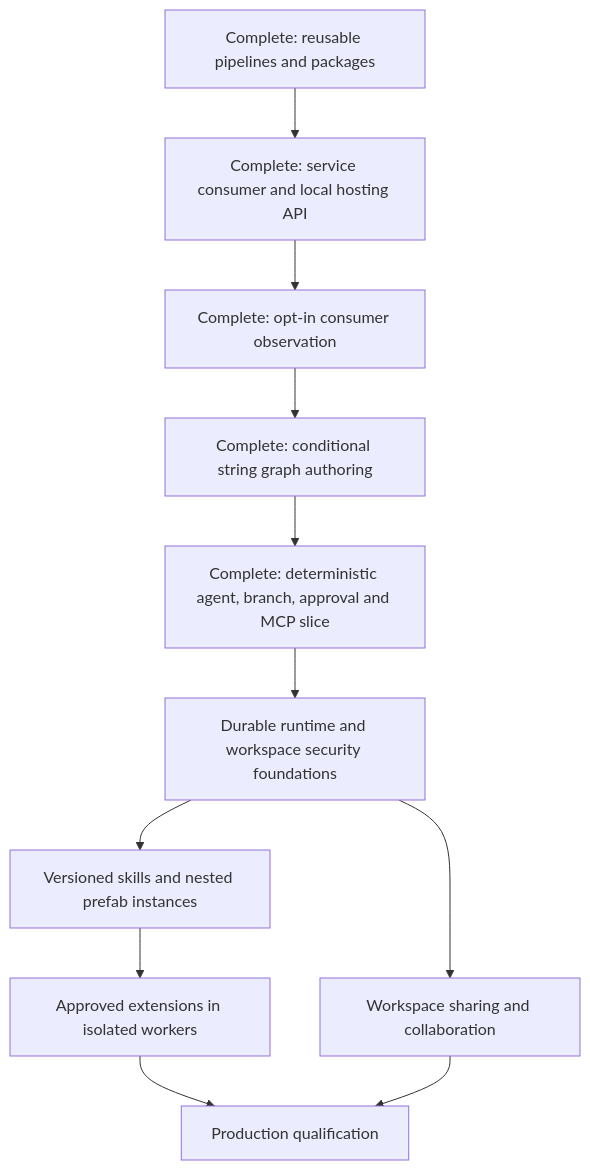
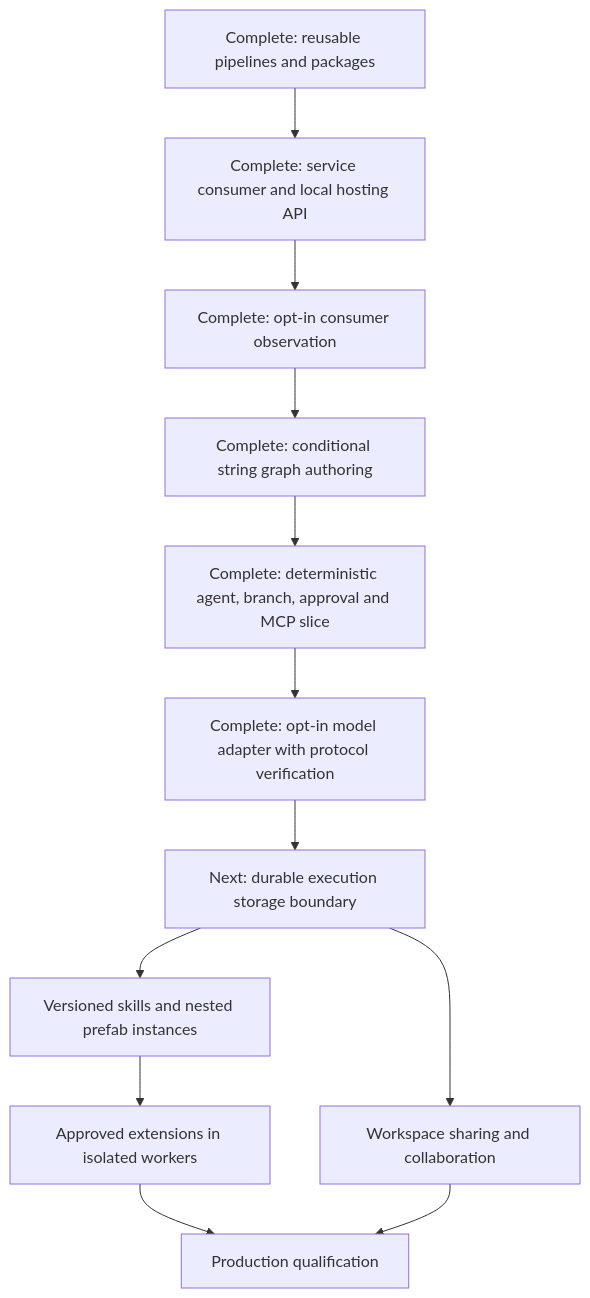
Before and after one commit to gnalvesteffer/visual-agent-workflow: the diagram in docs/roadmap.md, drawn with Mermaid. The commit also changed other lines of this file and 37 other files, not shown here.

````diff
--- a/docs/roadmap.md
+++ b/docs/roadmap.md
@@ -50,13 +54,14 @@
 ```mermaid
 flowchart TD
     Reuse["Complete: reusable pipelines and packages"] --> Hosting["Complete: service consumer and local hosting API"]
     Hosting --> Observe["Complete: opt-in consumer observation"]
     Observe --> Graph["Complete: conditional string graph authoring"]
     Graph --> Vertical["Complete: deterministic agent, branch, approval and MCP slice"]
-    Vertical --> Durable["Durable runtime and workspace security foundations"]
+    Vertical --> Models["Complete: opt-in model adapter with protocol verification"]
+    Models --> Durable["Next: durable execution storage boundary"]
     Durable --> Assets["Versioned skills and nested prefab instances"]
     Assets --> Extensions["Approved extensions in isolated workers"]
     Durable --> Collaboration["Workspace sharing and collaboration"]
     Extensions --> Production["Production qualification"]
     Collaboration --> Production
 ```
````
